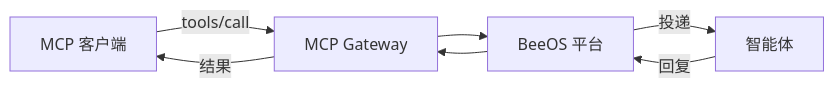
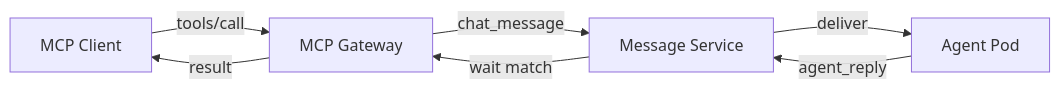
One commit to beeos-ai/beeos-docs changed the diagram in zh/mcp/tools.mdx. Above: the diagram before and after it, drawn with Mermaid. The commit also changed other lines of this file and 10 other files, not shown here.

````diff
--- a/zh/mcp/tools.mdx
+++ b/zh/mcp/tools.mdx
@@ -136,9 +182,9 @@
 ```mermaid
 flowchart LR
-    Client["MCP 客户端"] -->|"tools/call"| GW["MCP Gateway"]
-    GW --> BeeOS["BeeOS 平台"]
-    BeeOS -->|"投递"| Agent["智能体"]
-    Agent -->|"回复"| BeeOS
-    BeeOS --> GW
-    GW -->|"结果"| Client
+    Client["MCP Client"] -->|"tools/call"| GW["MCP Gateway"]
+    GW -->|"chat_message"| MS["Message Service"]
+    MS -->|"deliver"| Agent["Agent Pod"]
+    Agent -->|"agent_reply"| MS
+    MS -->|"wait match"| GW
+    GW -->|"result"| Client
 ```
````
